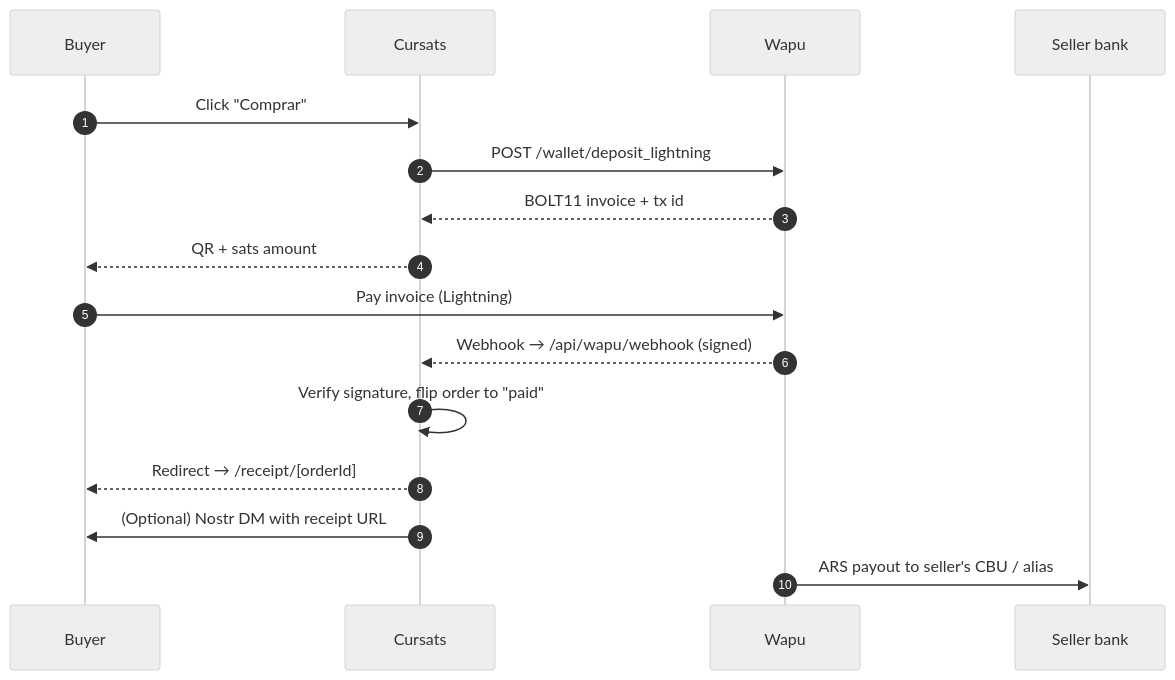
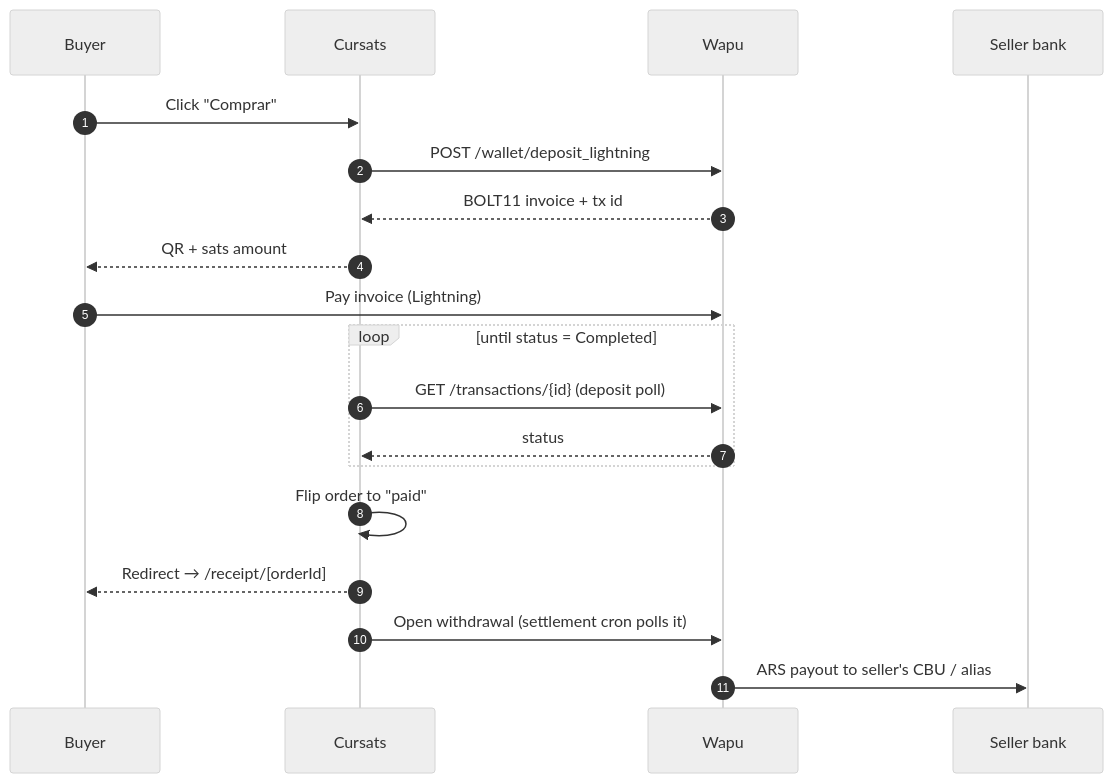
Before and after one commit to bitbybit-ar/bitbybit-cursats: the first of 2 diagrams in docs/features/checkout-flow.md, drawn with Mermaid (neutral theme). The commit also changed other lines of this file and 76 other files, not shown here.

First line of the commit message:
feat(wapu): poll-driven two-leg ARS rail, real-only client, ARS price floor (#25)

````diff
--- a/docs/features/checkout-flow.md
+++ b/docs/features/checkout-flow.md
@@ -81,19 +82,22 @@
 ```mermaid
 sequenceDiagram
   autonumber
   participant Buyer
   participant App as Cursats
   participant Wapu
   participant Bank as Seller bank
 
   Buyer->>App: Click "Comprar"
   App->>Wapu: POST /wallet/deposit_lightning
   Wapu-->>App: BOLT11 invoice + tx id
   App-->>Buyer: QR + sats amount
   Buyer->>Wapu: Pay invoice (Lightning)
-  Wapu-->>App: Webhook → /api/wapu/webhook (signed)
-  App->>App: Verify signature, flip order to "paid"
+  loop until status = Completed
+    App->>Wapu: GET /transactions/{id} (deposit poll)
+    Wapu-->>App: status
+  end
+  App->>App: Flip order to "paid"
   App-->>Buyer: Redirect → /receipt/[orderId]
-  App->>Buyer: (Optional) Nostr DM with receipt URL
+  App->>Wapu: Open withdrawal (settlement cron polls it)
   Wapu->>Bank: ARS payout to seller's CBU / alias
 ```
````
